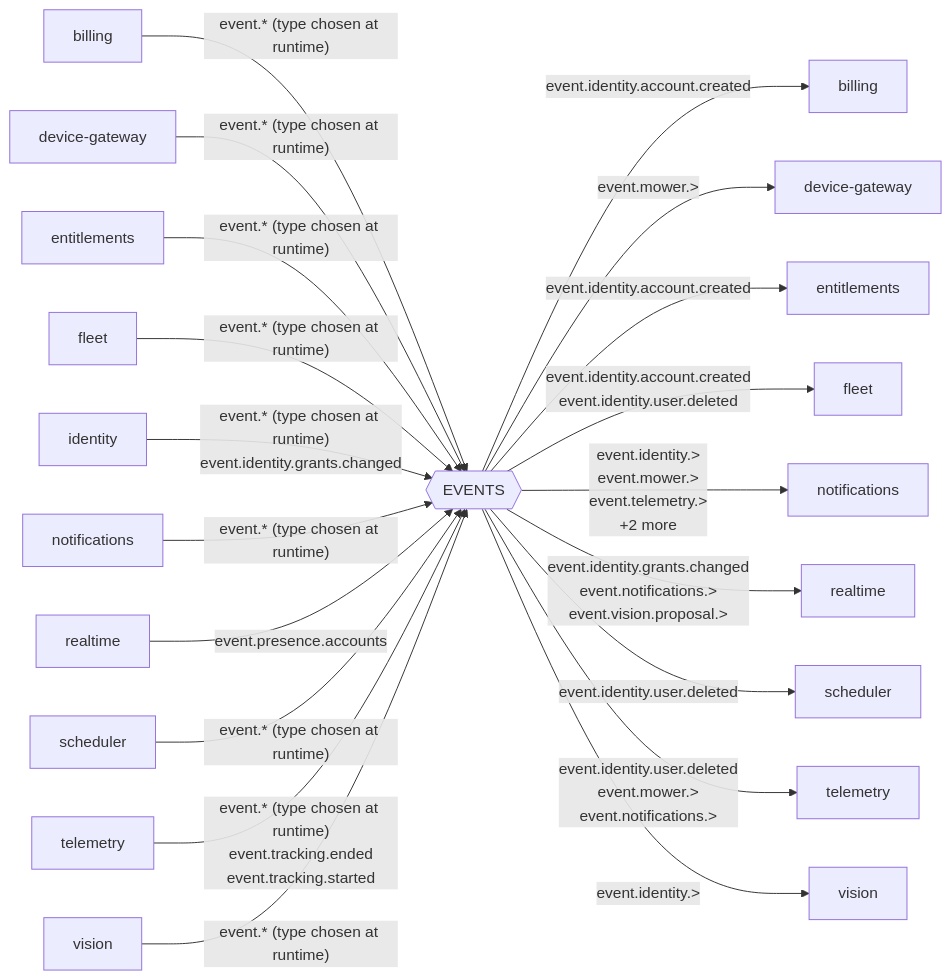
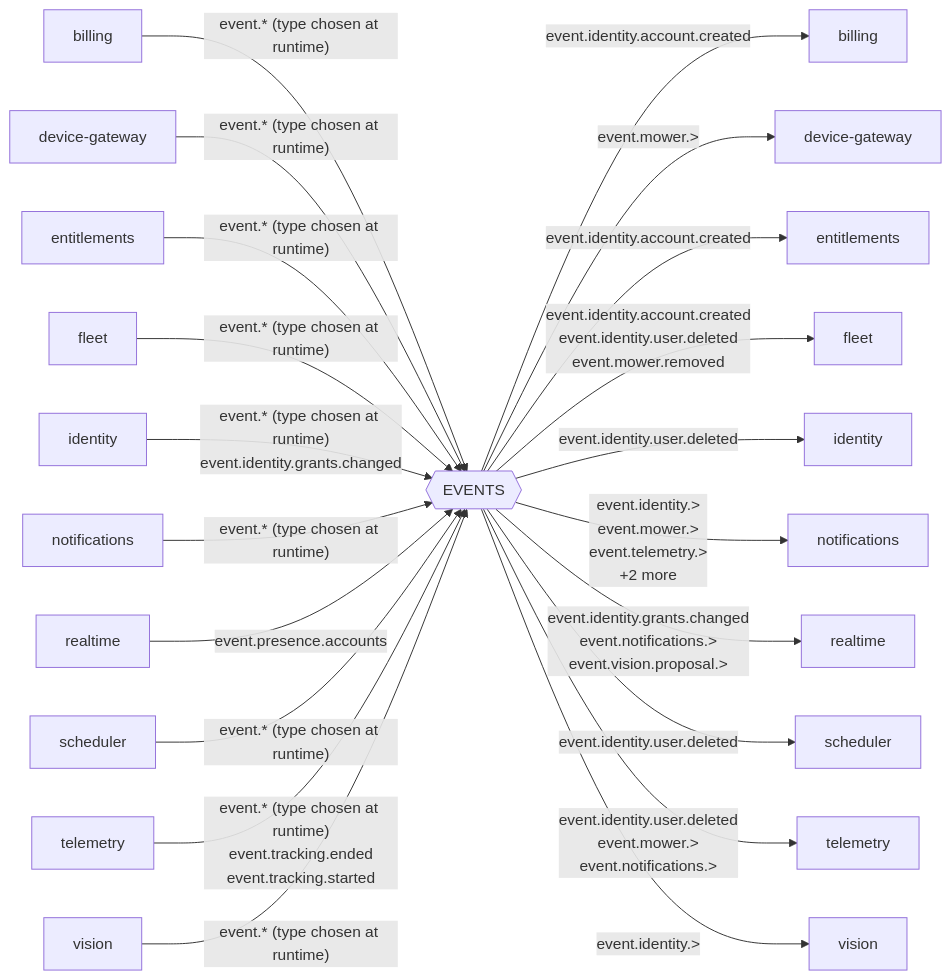
One commit to lukislp/mowdeck changed the seventh of 15 diagrams in docs/architecture/generated.md. Above: the diagram before and after it, drawn with Mermaid. The commit also changed other lines of this file and 75 other files, not shown here.

````diff
--- a/docs/architecture/generated.md
+++ b/docs/architecture/generated.md
@@ -265,42 +265,44 @@
 ```mermaid
 flowchart LR
   s_EVENTS{{"EVENTS"}}
   p_billing["billing"]
   p_device_gateway["device-gateway"]
   p_entitlements["entitlements"]
   p_fleet["fleet"]
   p_identity["identity"]
   p_notifications["notifications"]
   p_realtime["realtime"]
   p_scheduler["scheduler"]
   p_telemetry["telemetry"]
   p_vision["vision"]
   c_billing["billing"]
   c_device_gateway["device-gateway"]
   c_entitlements["entitlements"]
   c_fleet["fleet"]
+  c_identity["identity"]
   c_notifications["notifications"]
   c_realtime["realtime"]
   c_scheduler["scheduler"]
   c_telemetry["telemetry"]
   c_vision["vision"]
   p_billing -->|"event.* (type chosen at runtime)"| s_EVENTS
   p_device_gateway -->|"event.* (type chosen at runtime)"| s_EVENTS
   p_entitlements -->|"event.* (type chosen at runtime)"| s_EVENTS
   p_fleet -->|"event.* (type chosen at runtime)"| s_EVENTS
   p_identity -->|"event.* (type chosen at runtime)<br/>event.identity.grants.changed"| s_EVENTS
   p_notifications -->|"event.* (type chosen at runtime)"| s_EVENTS
   p_realtime -->|"event.presence.accounts"| s_EVENTS
   p_scheduler -->|"event.* (type chosen at runtime)"| s_EVENTS
   p_telemetry -->|"event.* (type chosen at runtime)<br/>event.tracking.ended<br/>event.tracking.started"| s_EVENTS
   p_vision -->|"event.* (type chosen at runtime)"| s_EVENTS
   s_EVENTS -->|"event.identity.account.created"| c_billing
   s_EVENTS -->|"event.mower.>"| c_device_gateway
   s_EVENTS -->|"event.identity.account.created"| c_entitlements
-  s_EVENTS -->|"event.identity.account.created<br/>event.identity.user.deleted"| c_fleet
+  s_EVENTS -->|"event.identity.account.created<br/>event.identity.user.deleted<br/>event.mower.removed"| c_fleet
+  s_EVENTS -->|"event.identity.user.deleted"| c_identity
   s_EVENTS -->|"event.identity.><br/>event.mower.><br/>event.telemetry.><br/>+2 more"| c_notifications
   s_EVENTS -->|"event.identity.grants.changed<br/>event.notifications.><br/>event.vision.proposal.>"| c_realtime
   s_EVENTS -->|"event.identity.user.deleted"| c_scheduler
   s_EVENTS -->|"event.identity.user.deleted<br/>event.mower.><br/>event.notifications.>"| c_telemetry
   s_EVENTS -->|"event.identity.>"| c_vision
 ```
````
